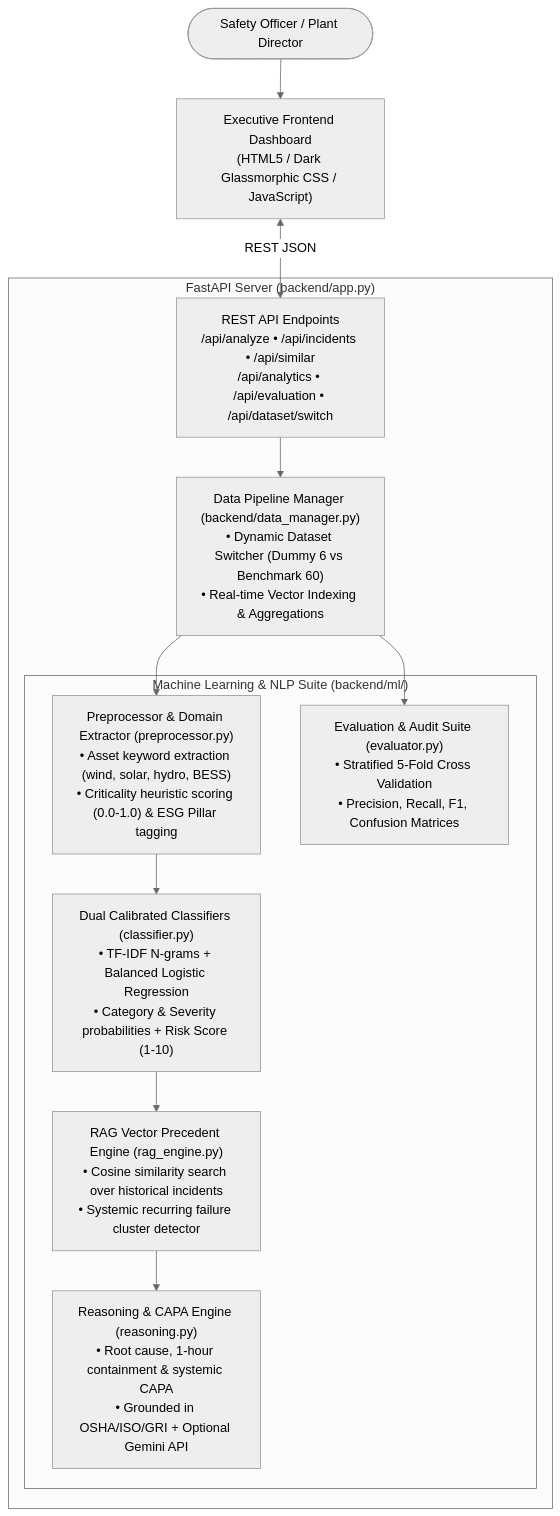
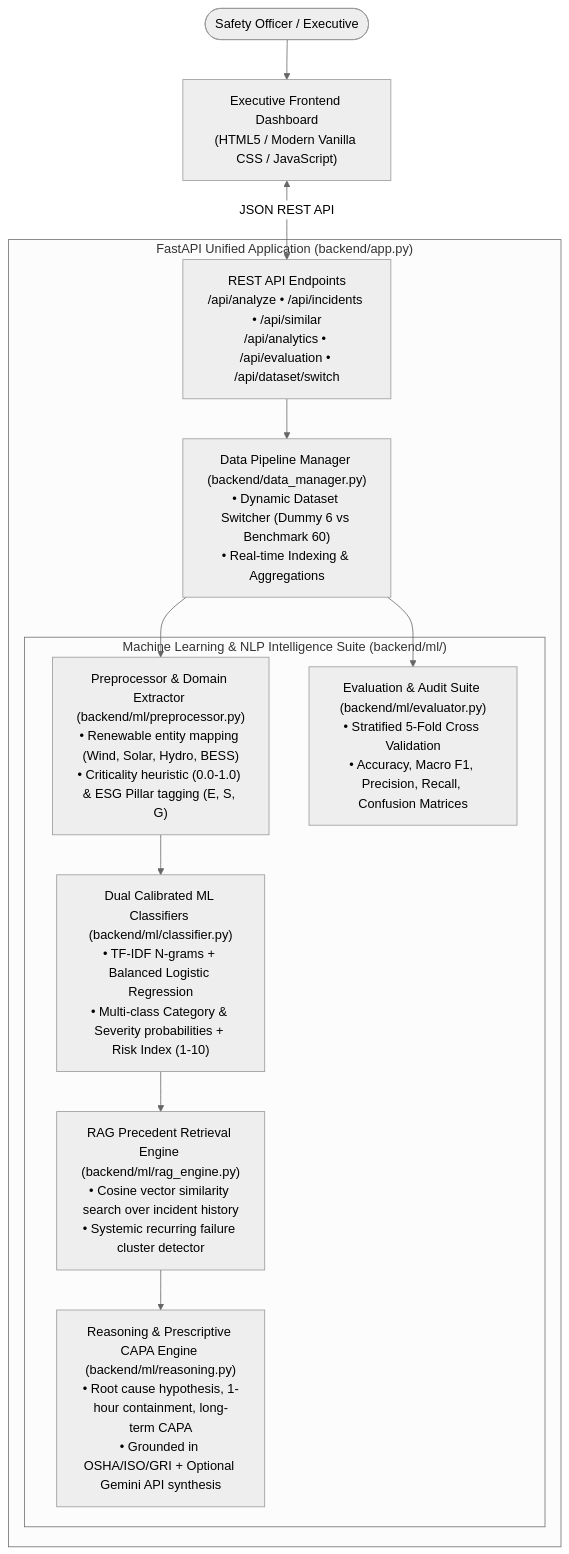
Before and after one commit to kishaaa8/safety_incident_intelligence_dashboard: the diagram in README.md, drawn with Mermaid (neutral theme). The commit also changed other lines of this file, not shown here.

````diff
--- a/README.md
+++ b/README.md
@@ -31,22 +31,22 @@
 ```mermaid
 flowchart TD
-    User([Safety Officer / Plant Director]) --> WebUI["Executive Frontend Dashboard<br/>(HTML5 / Dark Glassmorphic CSS / JavaScript)"]
+    User([Safety Officer / Executive]) --> WebUI["Executive Frontend Dashboard<br/>(HTML5 / Modern Vanilla CSS / JavaScript)"]
     
-    subgraph FastAPI_Unified_Backend["FastAPI Server (backend/app.py)"]
+    subgraph FastAPI_Unified_Server["FastAPI Unified Application (backend/app.py)"]
         APIRoutes["REST API Endpoints<br/>/api/analyze • /api/incidents • /api/similar<br/>/api/analytics • /api/evaluation • /api/dataset/switch"]
-        DataMgr["Data Pipeline Manager (backend/data_manager.py)<br/>• Dynamic Dataset Switcher (Dummy 6 vs Benchmark 60)<br/>• Real-time Vector Indexing & Aggregations"]
+        DataMgr["Data Pipeline Manager (backend/data_manager.py)<br/>• Dynamic Dataset Switcher (Dummy 6 vs Benchmark 60)<br/>• Real-time Indexing & Aggregations"]
         
-        subgraph ML_Suite["Machine Learning & NLP Suite (backend/ml/)"]
-            Preproc["Preprocessor & Domain Extractor (preprocessor.py)<br/>• Asset keyword extraction (wind, solar, hydro, BESS)<br/>• Criticality heuristic scoring (0.0-1.0) & ESG Pillar tagging"]
-            Classifier["Dual Calibrated Classifiers (classifier.py)<br/>• TF-IDF N-grams + Balanced Logistic Regression<br/>• Category & Severity probabilities + Risk Score (1-10)"]
-            RAGEngine["RAG Vector Precedent Engine (rag_engine.py)<br/>• Cosine similarity search over historical incidents<br/>• Systemic recurring failure cluster detector"]
-            Reasoning["Reasoning & CAPA Engine (reasoning.py)<br/>• Root cause, 1-hour containment & systemic CAPA<br/>• Grounded in OSHA/ISO/GRI + Optional Gemini API"]
-            Eval["Evaluation & Audit Suite (evaluator.py)<br/>• Stratified 5-Fold Cross Validation<br/>• Precision, Recall, F1, Confusion Matrices"]
+        subgraph ML_Suite["Machine Learning & NLP Intelligence Suite (backend/ml/)"]
+            Preproc["Preprocessor & Domain Extractor (backend/ml/preprocessor.py)<br/>• Renewable entity mapping (Wind, Solar, Hydro, BESS)<br/>• Criticality heuristic (0.0-1.0) & ESG Pillar tagging (E, S, G)"]
+            Classifier["Dual Calibrated ML Classifiers (backend/ml/classifier.py)<br/>• TF-IDF N-grams + Balanced Logistic Regression<br/>• Multi-class Category & Severity probabilities + Risk Index (1-10)"]
+            RAGEngine["RAG Precedent Retrieval Engine (backend/ml/rag_engine.py)<br/>• Cosine vector similarity search over incident history<br/>• Systemic recurring failure cluster detector"]
+            Reasoning["Reasoning & Prescriptive CAPA Engine (backend/ml/reasoning.py)<br/>• Root cause hypothesis, 1-hour containment, long-term CAPA<br/>• Grounded in OSHA/ISO/GRI + Optional Gemini API synthesis"]
+            Eval["Evaluation & Audit Suite (backend/ml/evaluator.py)<br/>• Stratified 5-Fold Cross Validation<br/>• Accuracy, Macro F1, Precision, Recall, Confusion Matrices"]
         end
     end
     
-    WebUI <-->|REST JSON| APIRoutes
+    WebUI <-->|JSON REST API| APIRoutes
     APIRoutes --> DataMgr
     DataMgr --> Preproc --> Classifier --> RAGEngine --> Reasoning
     DataMgr --> Eval
 ```
````
